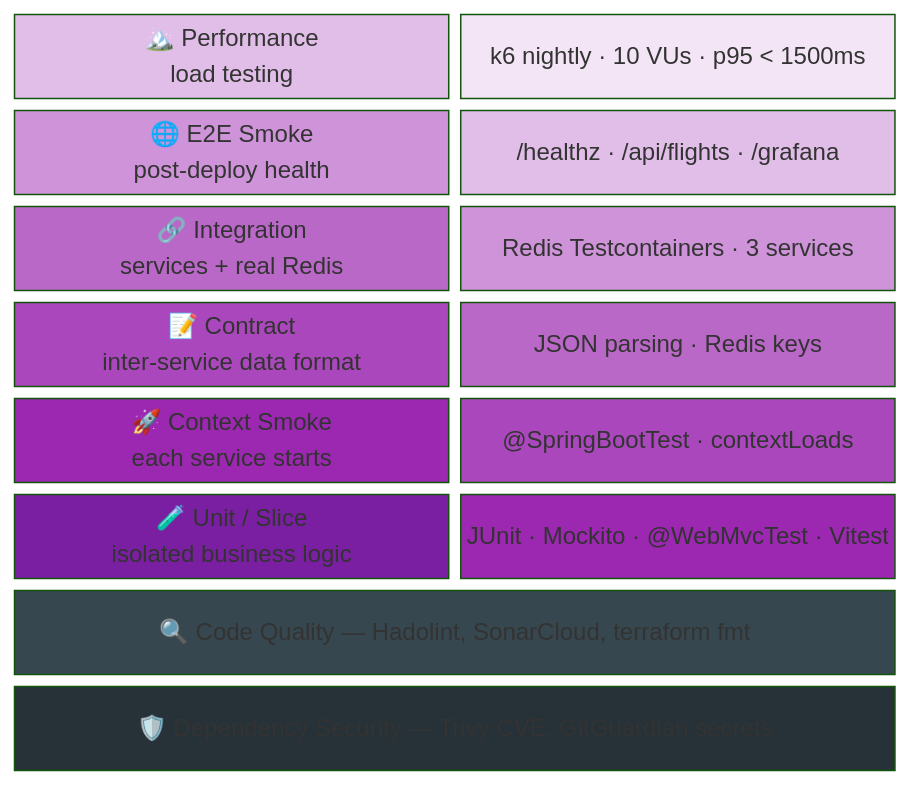
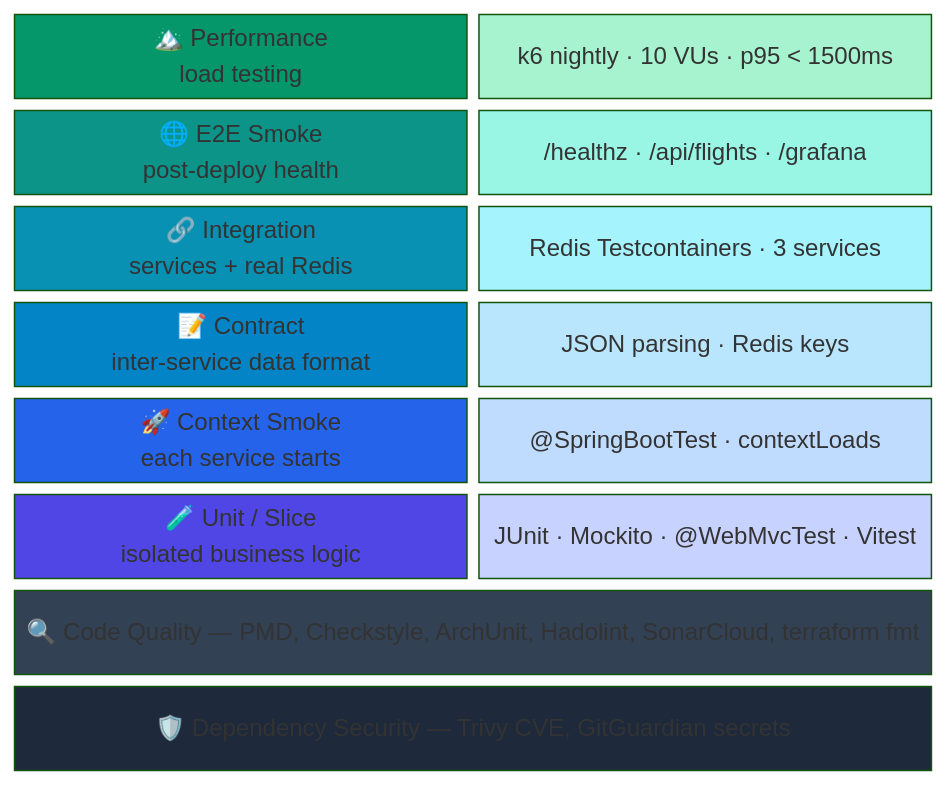
Before and after one commit to ClementV78/CloudRadar: the first of 7 diagrams in docs/testing-overview-en.md, drawn with Mermaid (forest theme). The commit also changed other lines of this file and 16 other files, not shown here.

First line of the commit message:
ci(quality): add static analysis tooling (PMD, Checkstyle, ArchUnit) (#561)

````diff
--- a/docs/testing-overview-en.md
+++ b/docs/testing-overview-en.md
@@ -27,28 +30,28 @@
 ```mermaid
 block-beta
   columns 2
 
   P["🏔️ Performance<br>load testing"]:1 Pd["k6 nightly · 10 VUs · p95 < 1500ms"]:1
   E["🌐 E2E Smoke<br>post-deploy health"]:1 Ed["/healthz · /api/flights · /grafana"]:1
   D["🔗 Integration<br>services + real Redis"]:1 Dd["Redis Testcontainers · 3 services"]:1
   C["📝 Contract<br>inter-service data format"]:1 Cd["JSON parsing · Redis keys"]:1
   S["🚀 Context Smoke<br>each service starts"]:1 Sd["@SpringBootTest · contextLoads"]:1
   U["🧪 Unit / Slice<br>isolated business logic"]:1 Ud["JUnit · Mockito · @WebMvcTest · Vitest"]:1
-  SA["🔍 Code Quality — Hadolint, SonarCloud, terraform fmt"]:2
+  SA["🔍 Code Quality — PMD, Checkstyle, ArchUnit, Hadolint, SonarCloud, terraform fmt"]:2
   SC["🛡️ Dependency Security — Trivy CVE, GitGuardian secrets"]:2
 
-  style P fill:#e1bee7,color:#000
-  style Pd fill:#f3e5f5,color:#000
-  style E fill:#ce93d8,color:#000
-  style Ed fill:#e1bee7,color:#000
-  style D fill:#ba68c8,color:#fff
-  style Dd fill:#ce93d8,color:#000
-  style C fill:#ab47bc,color:#fff
-  style Cd fill:#ba68c8,color:#fff
-  style S fill:#9c27b0,color:#fff
-  style Sd fill:#ab47bc,color:#fff
-  style U fill:#7b1fa2,color:#fff
-  style Ud fill:#9c27b0,color:#fff
-  style SA fill:#37474f,color:#fff
-  style SC fill:#263238,color:#fff
+  style P fill:#059669,color:#fff
+  style Pd fill:#a7f3d0,color:#000
+  style E fill:#0d9488,color:#fff
+  style Ed fill:#99f6e4,color:#000
+  style D fill:#0891b2,color:#fff
+  style Dd fill:#a5f3fc,color:#000
+  style C fill:#0284c7,color:#fff
+  style Cd fill:#bae6fd,color:#000
+  style S fill:#2563eb,color:#fff
+  style Sd fill:#bfdbfe,color:#000
+  style U fill:#4f46e5,color:#fff
+  style Ud fill:#c7d2fe,color:#000
+  style SA fill:#334155,color:#fff
+  style SC fill:#1e293b,color:#fff
 ```
````
